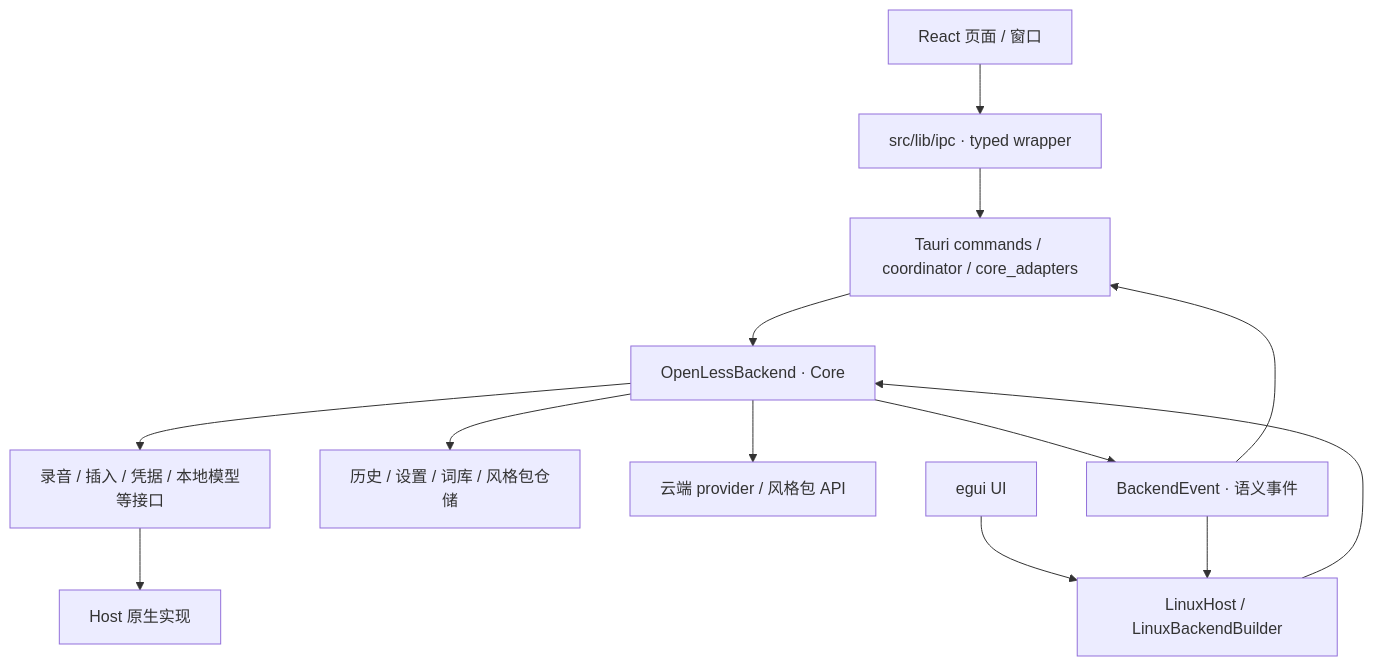
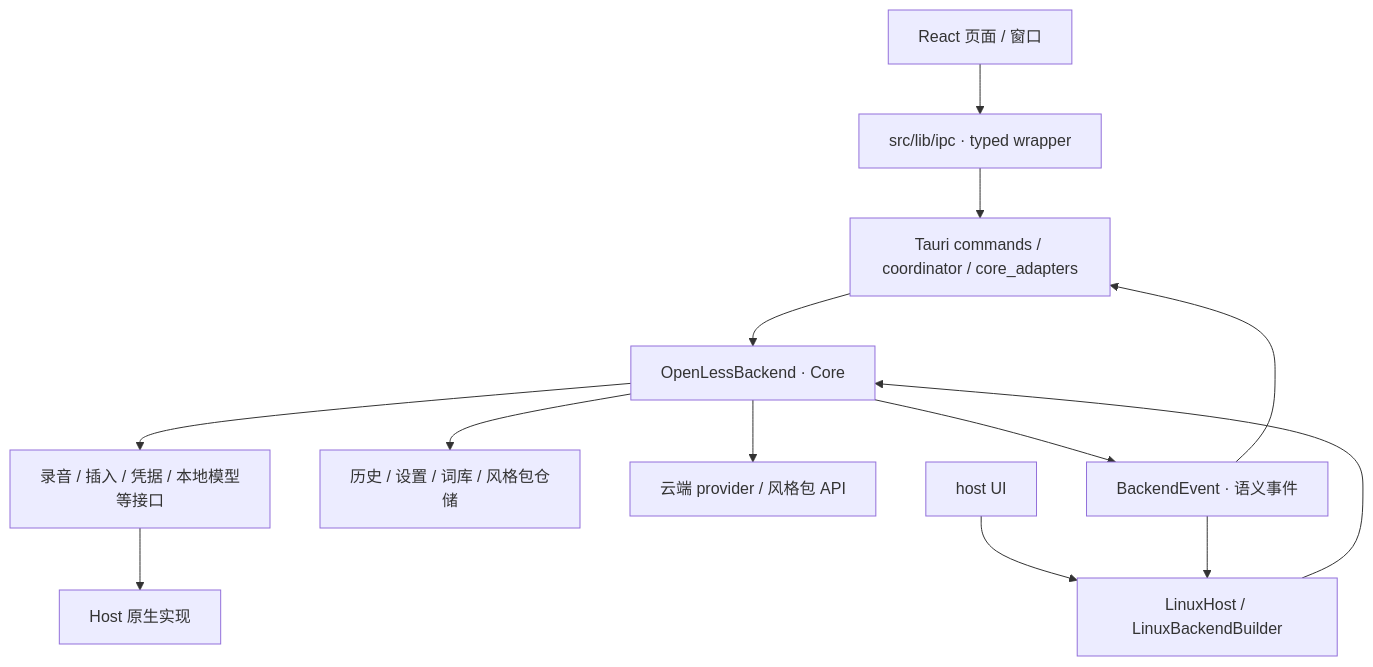
One commit to Open-Less/openless changed the diagram in docs/architecture.md. Above: the diagram before and after it, drawn with Mermaid. The commit also changed other lines of this file and 231 other files, not shown here.

First line of the commit message:
refactor(linux): 删除 egui，Linux 只剩 Qt/WebKit 宿主

````diff
--- a/docs/architecture.md
+++ b/docs/architecture.md
@@ -21,15 +21,15 @@
 ```mermaid
 flowchart TB
     React["React 页面 / 窗口"] --> IPC["src/lib/ipc · typed wrapper"]
     IPC --> Tauri["Tauri commands / coordinator / core_adapters"]
-    Egui["egui UI"] --> Linux["LinuxHost / LinuxBackendBuilder"]
+    Egui["host UI"] --> Linux["LinuxHost / LinuxBackendBuilder"]
     Tauri --> Core["OpenLessBackend · Core"]
     Linux --> Core
     Core --> Stores["历史 / 设置 / 词库 / 风格包仓储"]
     Core --> Network["云端 provider / 风格包 API"]
     Core --> Ports["录音 / 插入 / 凭据 / 本地模型等接口"]
     Ports --> Native["Host 原生实现"]
     Core --> Events["BackendEvent · 语义事件"]
     Events --> Tauri
     Events --> Linux
 ```
````
